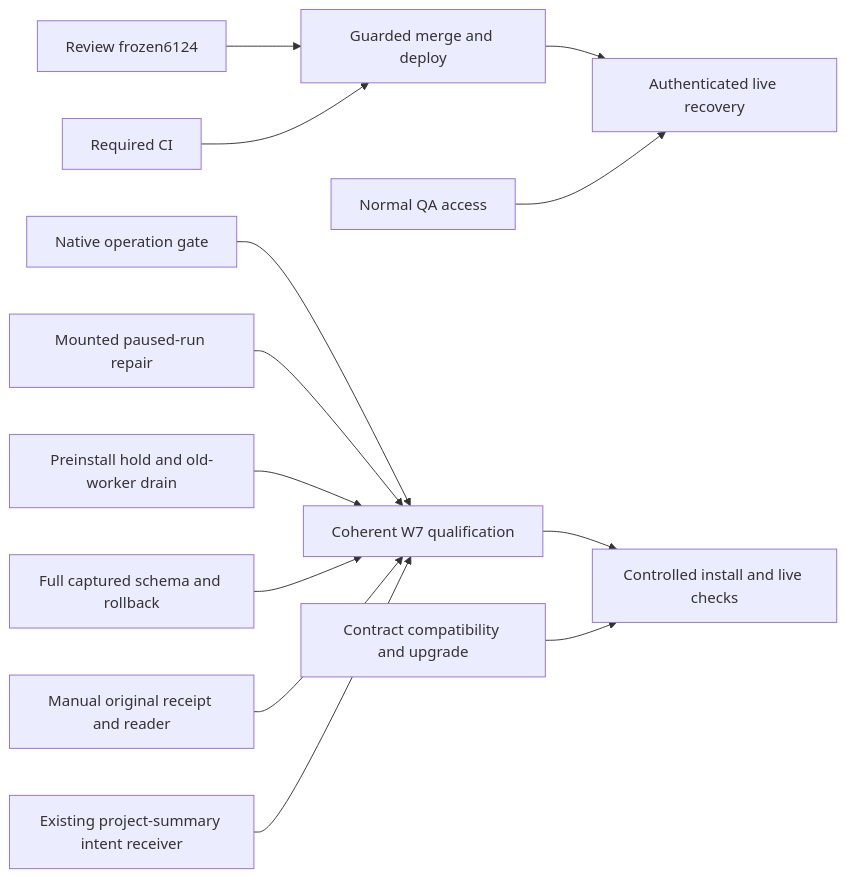
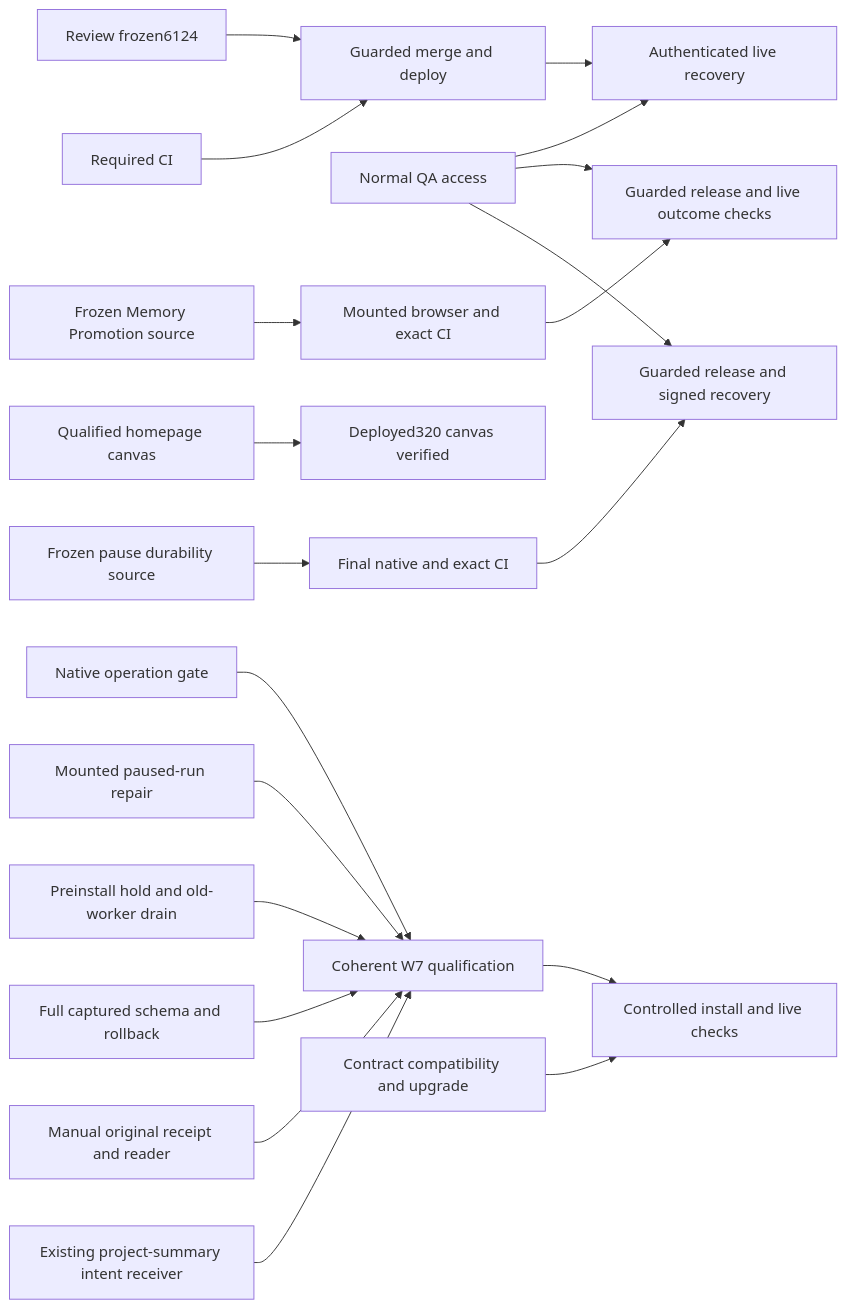
Before and after one commit to jtobkin/supraos-workflow-plan: the first of 2 diagrams in Delivery-Path-Release-Plan.md, drawn with Mermaid. The commit also changed other lines of this file and 2 other files, not shown here.

Commit message:
Resume frozen System Workflow delivery path and record release blockers

````diff
--- a/Delivery-Path-Release-Plan.md
+++ b/Delivery-Path-Release-Plan.md
@@ -31,15 +33,22 @@
 ```mermaid
 flowchart LR
  S1[Review frozen6124] --> S4[Guarded merge and deploy]
  S2[Required CI] --> S4
  S4 --> S5[Authenticated live recovery]
  S3[Normal QA access] --> S5
+ H1[Qualified homepage canvas] --> H2[Deployed320 canvas verified]
+ MP1[Frozen Memory Promotion source] --> MP2[Mounted browser and exact CI]
+ MP2 --> MP3[Guarded release and live outcome checks]
+ S3 --> MP3
+ P1[Frozen pause durability source] --> P2[Final native and exact CI]
+ P2 --> P3[Guarded release and signed recovery]
+ S3 --> P3
  W1[Native operation gate] --> W4[Coherent W7 qualification]
  W2[Mounted paused-run repair] --> W4
  W3[Preinstall hold and old-worker drain] --> W4
  WP[Full captured schema and rollback] --> W4
  WM[Manual original receipt and reader] --> W4
  WB[Existing project-summary intent receiver] --> W4
  W4 --> W5[Controlled install and live checks]
  L1[Contract compatibility and upgrade] --> W5
 ```
````
